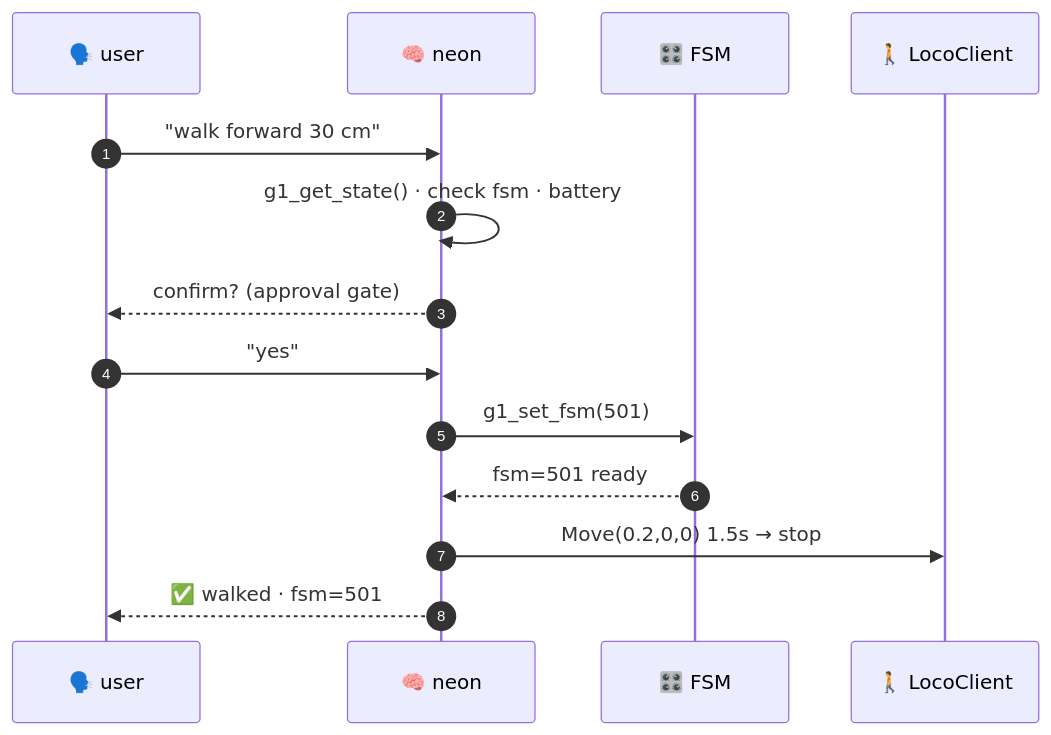
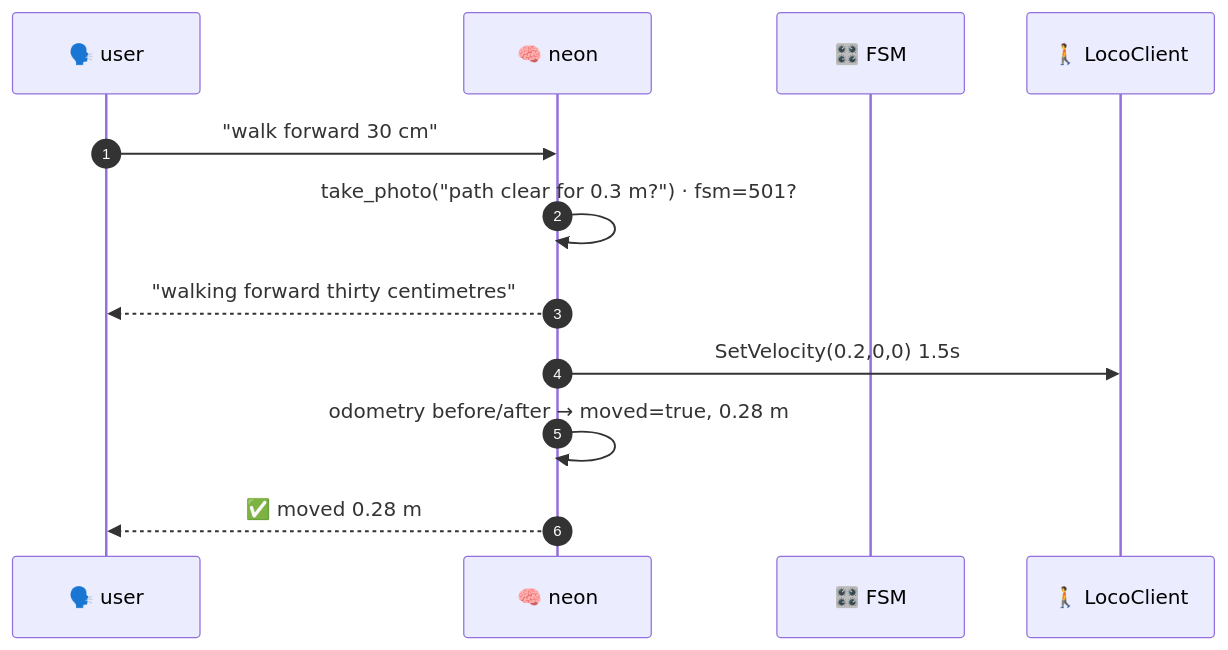
Before and after one commit to cagataycali/neon-the-g1: the diagram in docs/showcase/locomotion.md, drawn with Mermaid. The commit also changed other lines of this file and 3 other files, not shown here.

First line of the commit message:
prompts: the movement policy (request is the consent, look first, walk if clear, refuse with the reason, done only when moved=true)

````diff
--- a/docs/showcase/locomotion.md
+++ b/docs/showcase/locomotion.md
@@ -54,17 +57,15 @@
 ```mermaid
 sequenceDiagram
     autonumber
     participant U as 🗣️ user
     participant A as 🧠 neon
     participant F as 🎛️ FSM
     participant L as 🚶 LocoClient
 
     U->>A: "walk forward 30 cm"
-    A->>A: g1_get_state() · check fsm · battery
-    A-->>U: confirm? (approval gate)
-    U->>A: "yes"
-    A->>F: g1_set_fsm(501)
-    F-->>A: fsm=501 ready
-    A->>L: Move(0.2,0,0) 1.5s → stop
-    A-->>U: ✅ walked · fsm=501
+    A->>A: take_photo("path clear for 0.3 m?") · fsm=501?
+    A-->>U: "walking forward thirty centimetres"
+    A->>L: SetVelocity(0.2,0,0) 1.5s
+    A->>A: odometry before/after → moved=true, 0.28 m
+    A-->>U: ✅ moved 0.28 m
 ```
````
